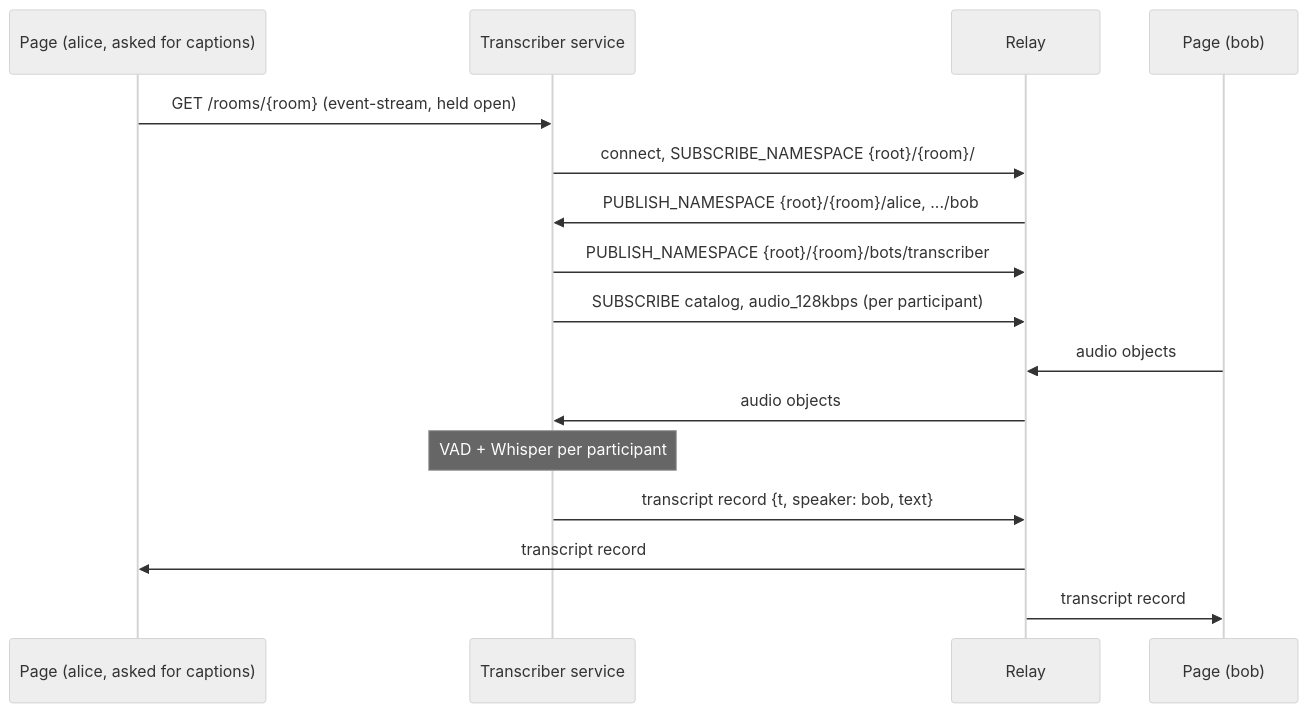
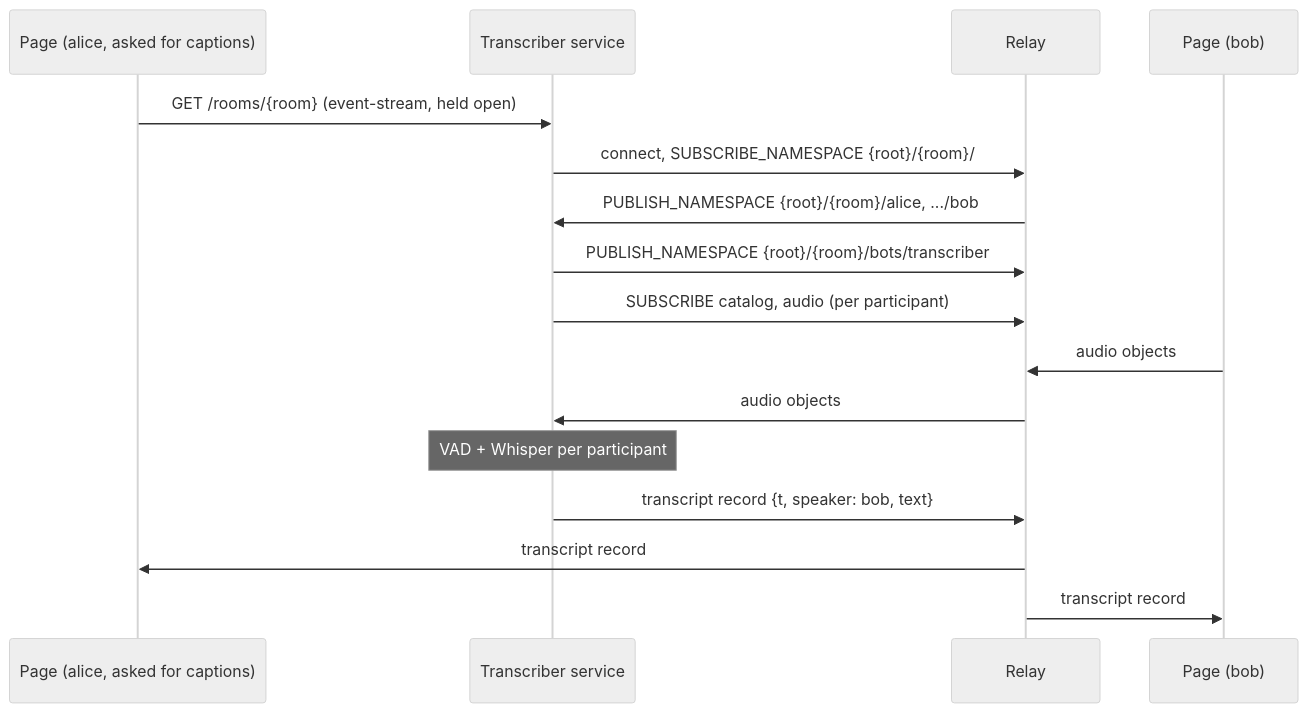
The diagram in docs/architecture/ai-bots/meeting-transcriber.md (nttcom/moq-wasm), drawn with Mermaid (neutral theme) before and after one commit. The commit also changed 22 other files, not shown here.

````diff
--- a/docs/architecture/ai-bots/meeting-transcriber.md
+++ b/docs/architecture/ai-bots/meeting-transcriber.md
@@ -46,18 +46,18 @@
 ```mermaid
 sequenceDiagram
     participant A as Page (alice, asked for captions)
     participant S as Transcriber service
     participant R as Relay
     participant B as Page (bob)
     A->>S: GET /rooms/{room} (event-stream, held open)
     S->>R: connect, SUBSCRIBE_NAMESPACE {root}/{room}/
     R->>S: PUBLISH_NAMESPACE {root}/{room}/alice, .../bob
     S->>R: PUBLISH_NAMESPACE {root}/{room}/bots/transcriber
-    S->>R: SUBSCRIBE catalog, audio_128kbps (per participant)
+    S->>R: SUBSCRIBE catalog, audio (per participant)
     B->>R: audio objects
     R->>S: audio objects
     Note over S: VAD + Whisper per participant
     S->>R: transcript record {t, speaker: bob, text}
     R->>A: transcript record
     R->>B: transcript record
 ```
````
